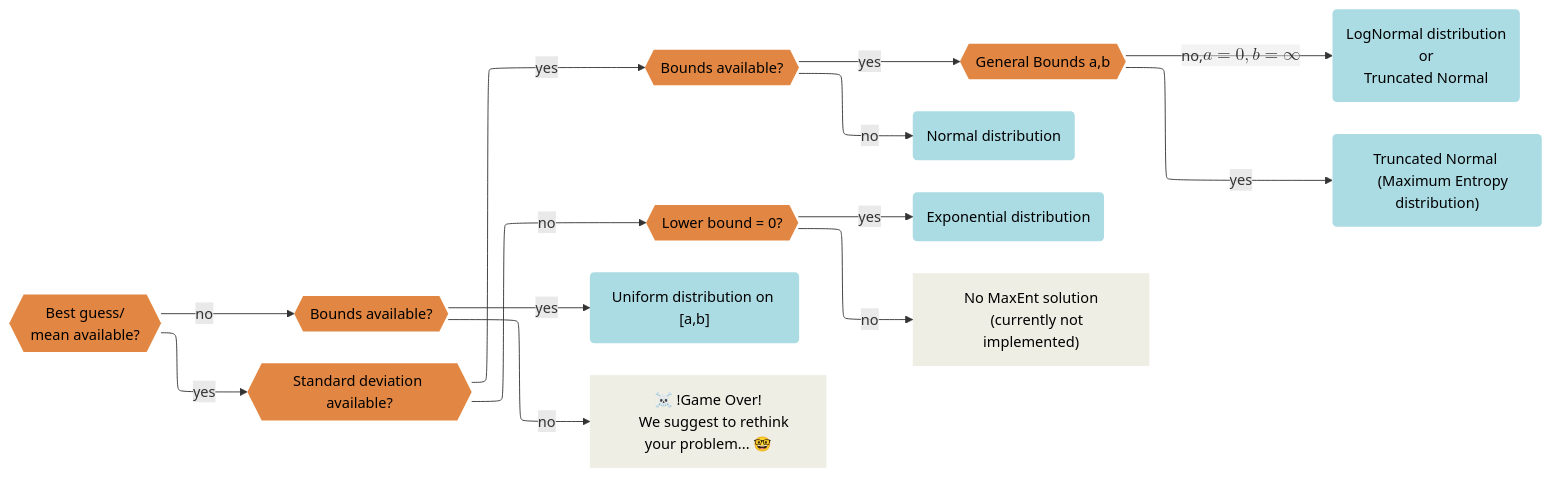
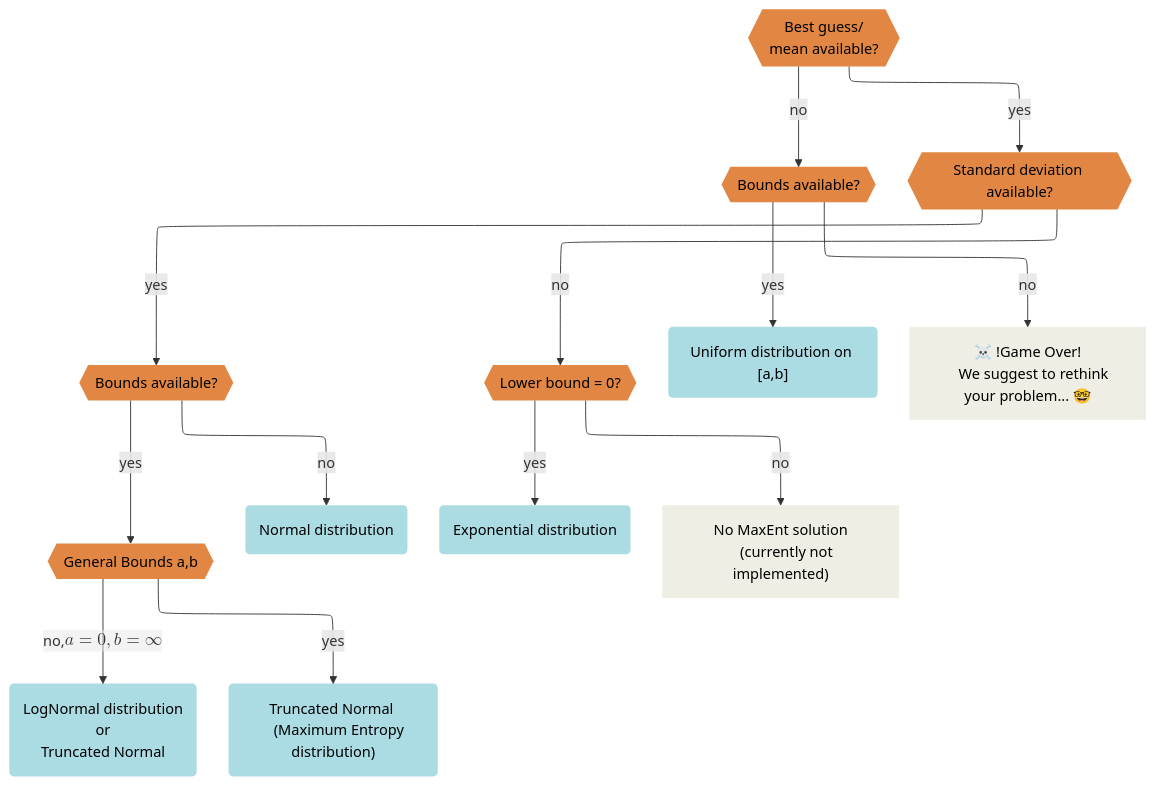
Before and after one commit to simschul/MaxentDisaggregation: the second of 3 diagrams in README.md, drawn with Mermaid.

Commit message:
decision tree aggregate to TD layout

````diff
--- a/README.md
+++ b/README.md
@@ -110,38 +110,38 @@
 ```mermaid
-flowchart-elk LR
+flowchart-elk TD
     MeanDecision{{"Best guess/
     mean available?"}} -- no --> BoundsDecision1{{"Bounds available?"}}
     MeanDecision -- yes --> SDDecision{{"Standard deviation available?"}}
     SDDecision -- yes --> BoundsDecision2{{"Bounds available?"}}
     BoundsDecision2 -- yes --> GeneralBounds{{"General Bounds a,b"}}
     GeneralBounds -- "no,  $$a=0, b=\infty$$" --> LogNorm("LogNormal distribution
     or
     Truncated Normal")
     GeneralBounds -- yes --> TruncNorm("Truncated Normal 
     (Maximum Entropy distribution)")
     BoundsDecision2 -- no --> Normal("Normal distribution")
     SDDecision -- no --> LowerBound0{{"Lower bound = 0?"}}
     LowerBound0 -- yes --> Exponential("Exponential distribution")
     LowerBound0 -- no --> NotImplemented["No MaxEnt solution
     (currently not implemented)"]
     BoundsDecision1 -- yes --> Uniform("Uniform distribution on [a,b]")
     BoundsDecision1 -- no --> GoBackToStart["☠️ !Game Over!
     We suggest to rethink your problem... 🤓"]
      MeanDecision:::decision
      BoundsDecision1:::decision
      SDDecision:::decision
      BoundsDecision2:::decision
      GeneralBounds:::decision
      LogNorm:::distribution
      TruncNorm:::distribution
      Normal:::distribution
      LowerBound0:::decision
      Exponential:::distribution
      NotImplemented:::notimplementednode
      Uniform:::distribution
      GoBackToStart:::notimplementednode
     classDef decision fill:#e28743,color:black,stroke:none
     classDef distribution fill:#abdbe3,color:black,stroke:none
     classDef notimplementednode fill:#eeeee4,color:black,stroke:none
 
 ```
````
